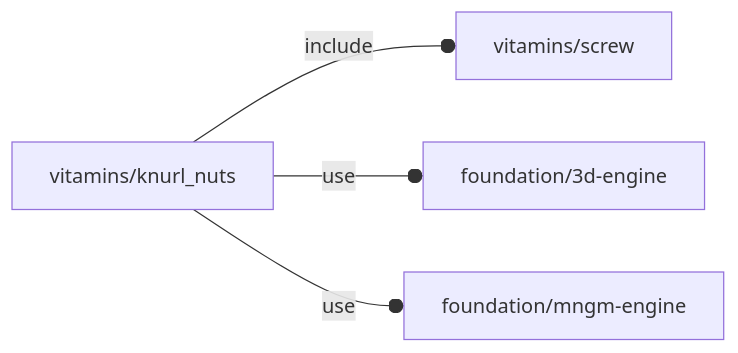
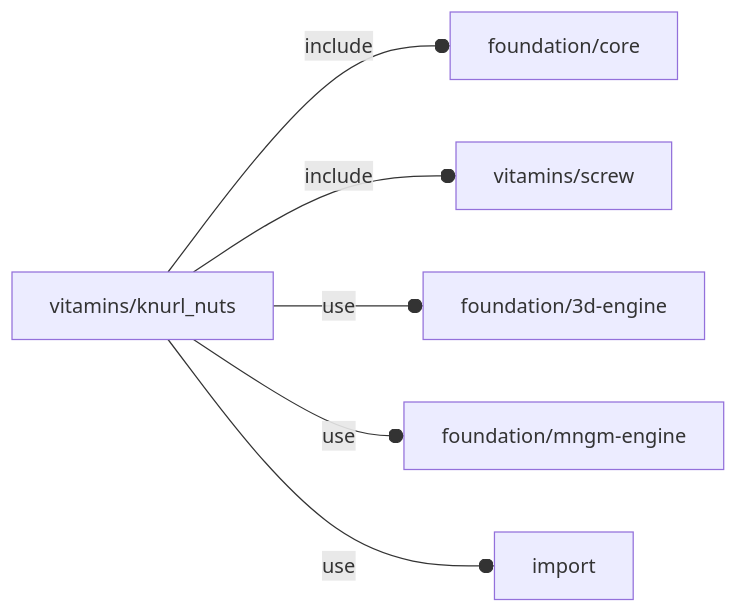
The diagram in orthodocs/vitamins/knurl_nuts.md (ggabbiani/OFL), drawn with Mermaid before and after one commit. The commit also changed other lines of this file and 16 other files, not shown here.

````diff
--- a/orthodocs/vitamins/knurl_nuts.md
+++ b/orthodocs/vitamins/knurl_nuts.md
@@ -5,6 +5,8 @@
 ```mermaid
 graph LR
-    A1[vitamins/knurl_nuts] --o|include| A2[vitamins/screw]
-    A1 --o|use| A3[foundation/3d-engine]
-    A1 --o|use| A4[foundation/mngm-engine]
+    A1[vitamins/knurl_nuts] --o|include| A2[foundation/core]
+    A1 --o|include| A3[vitamins/screw]
+    A1 --o|use| A4[foundation/3d-engine]
+    A1 --o|use| A5[foundation/mngm-engine]
+    A1 --o|use| A6[import]
 ```
````
